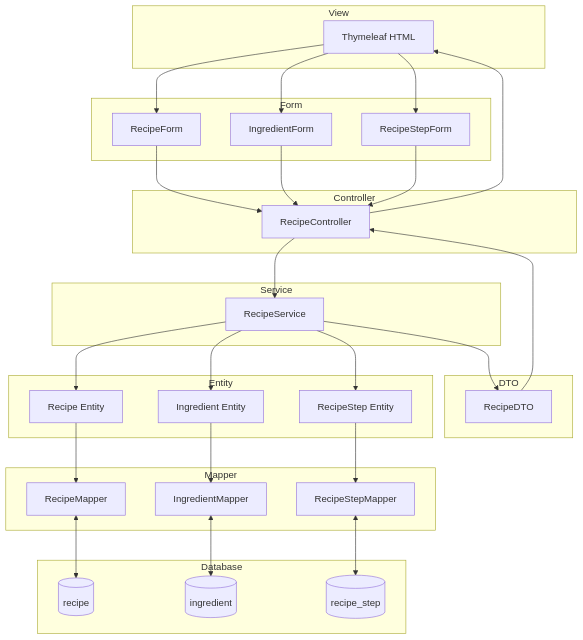
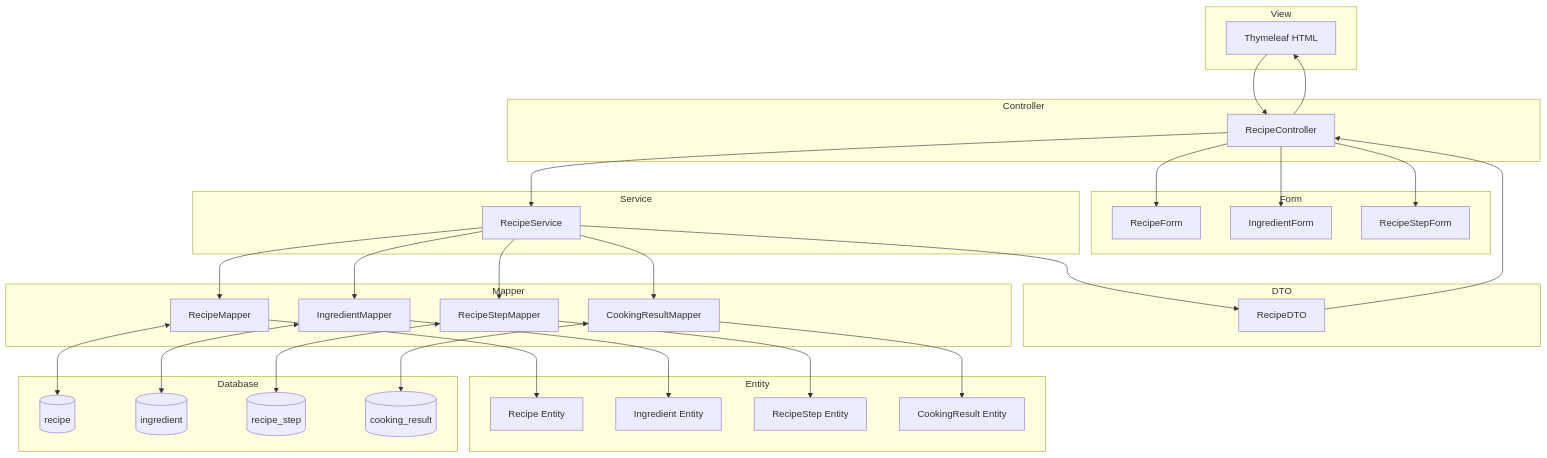
The second of 3 diagrams in README.md (TakeshiUeta/CurryRecipeManager), drawn with Mermaid before and after one commit. The commit also changed other lines of this file, not shown here.

````diff
--- a/README.md
+++ b/README.md
@@ -91,74 +124,77 @@
 ```mermaid
 
 flowchart TB
 
 subgraph View
     A[Thymeleaf HTML]
 end
 
-subgraph Form
-    B[RecipeForm]
-    C[IngredientForm]
-    D[RecipeStepForm]
+subgraph Controller
+    B[RecipeController]
 end
 
-subgraph Controller
-    E[RecipeController]
+subgraph Form
+    C[RecipeForm]
+    D[IngredientForm]
+    E[RecipeStepForm]
 end
 
 subgraph Service
     F[RecipeService]
 end
 
 subgraph DTO
     G[RecipeDTO]
 end
 
-subgraph Entity
-    H[Recipe Entity]
-    I[Ingredient Entity]
-    J[RecipeStep Entity]
+subgraph Mapper
+    H[RecipeMapper]
+    I[IngredientMapper]
+    J[RecipeStepMapper]
+    K[CookingResultMapper]
 end
 
-subgraph Mapper
-    K[RecipeMapper]
-    L[IngredientMapper]
-    M[RecipeStepMapper]
+subgraph Entity
+    L[Recipe Entity]
+    M[Ingredient Entity]
+    N[RecipeStep Entity]
+    O[CookingResult Entity]
 end
 
 subgraph Database
-    N[(recipe)]
-    O[(ingredient)]
-    P[(recipe_step)]
+    P[(recipe)]
+    Q[(ingredient)]
+    R[(recipe_step)]
+    S[(cooking_result)]
 end
 
 
 A --> B
-A --> C
-A --> D
 
+B --> C
+B --> D
 B --> E
-C --> E
-D --> E
 
-E --> F
+B --> F
 
 F --> H
 F --> I
 F --> J
+F --> K
 
-H --> K
-I --> L
-J --> M
+H --> L
+I --> M
+J --> N
+K --> O
 
-K <--> N
-L <--> O
-M <--> P
-
+H <--> P
+I <--> Q
+J <--> R
+K <--> S
 
 F --> G
-G --> E
-E --> A
+G --> B
 
+B --> A
 
 ```
````
